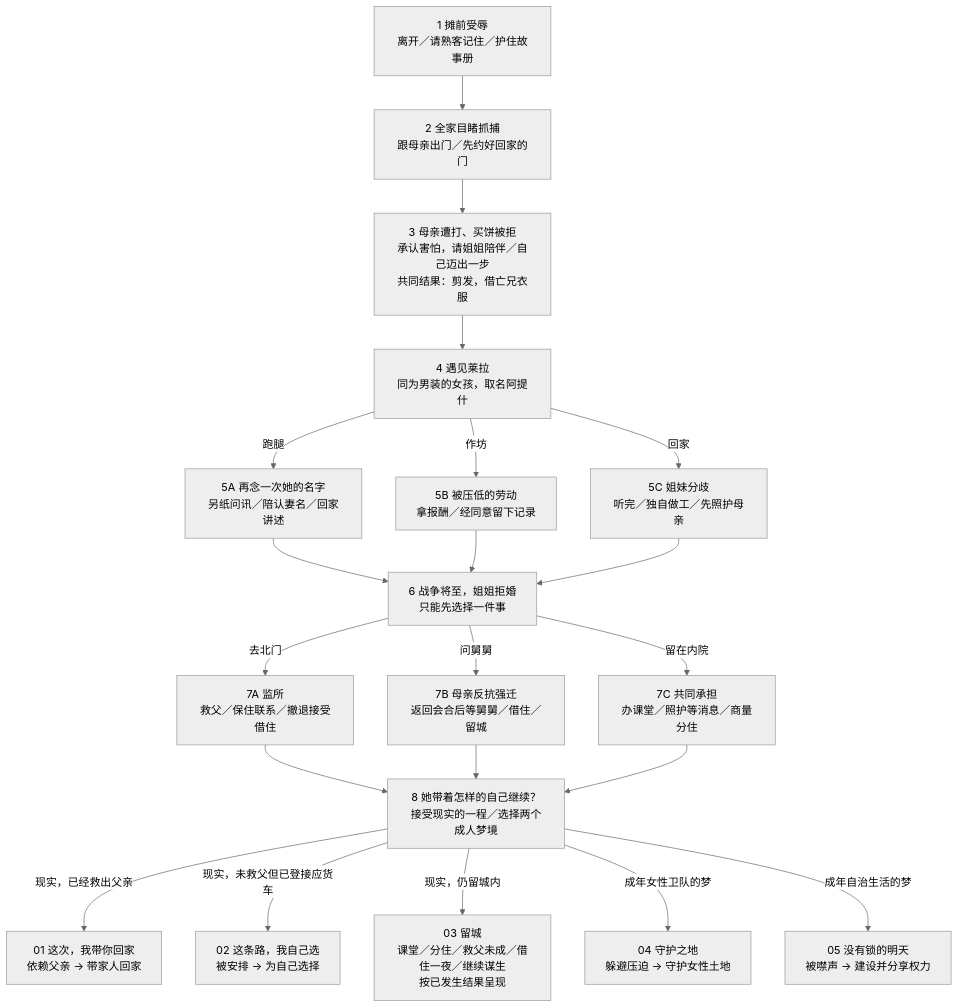
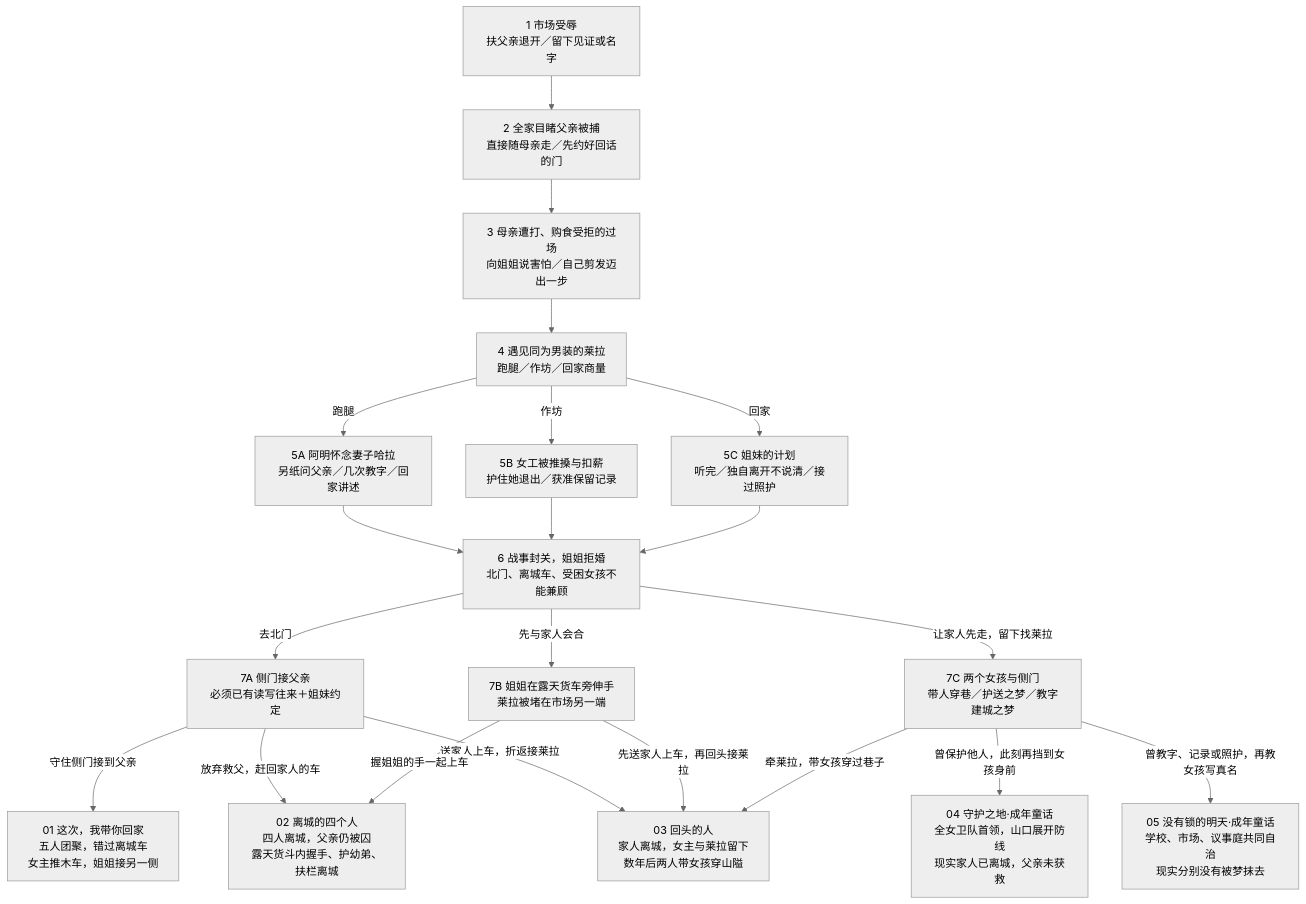
One commit to xypasolini-droid/sister-which-way changed the diagram in docs/design/STORY-FLOW.md. Above: the diagram before and after it, drawn with Mermaid (neutral theme). The commit also changed other lines of this file and 54 other files, not shown here.

````diff
--- a/docs/design/STORY-FLOW.md
+++ b/docs/design/STORY-FLOW.md
@@ -7,23 +9,23 @@
 ```mermaid
 flowchart TD
-  A["1 摊前受辱<br/>离开／请熟客记住／护住故事册"] --> B["2 全家目睹抓捕<br/>跟母亲出门／先约好回家的门"]
-  B --> C["3 母亲遭打、买饼被拒<br/>承认害怕，请姐姐陪伴／自己迈出一步<br/>共同结果：剪发，借亡兄衣服"]
-  C --> D["4 遇见莱拉<br/>同为男装的女孩，取名阿提什"]
-  D -->|跑腿| E["5A 再念一次她的名字<br/>另纸问讯／陪认妻名／回家讲述"]
-  D -->|作坊| F["5B 被压低的劳动<br/>拿报酬／经同意留下记录"]
-  D -->|回家| G["5C 姐妹分歧<br/>听完／独自做工／先照护母亲"]
-  E --> H["6 战争将至，姐姐拒婚<br/>只能先选择一件事"]
-  F --> H
-  G --> H
-  H -->|去北门| I["7A 监所<br/>救父／保住联系／撤退接受借住"]
-  H -->|问舅舅| J["7B 母亲反抗强迁<br/>返回会合后等舅舅／借住／留城"]
-  H -->|留在内院| K["7C 共同承担<br/>办课堂／照护等消息／商量分住"]
-  I --> L["8 她带着怎样的自己继续？<br/>接受现实的一程／选择两个成人梦境"]
-  J --> L
-  K --> L
-  L -->|现实，已经救出父亲| R["01 这次，我带你回家<br/>依赖父亲 → 带家人回家"]
-  L -->|现实，未救父但已登接应货车| T["02 这条路，我自己选<br/>被安排 → 为自己选择"]
-  L -->|现实，仍留城内| S["03 留城<br/>课堂／分住／救父未成／借住一夜／继续谋生<br/>按已发生结果呈现"]
-  L -->|成年女性卫队的梦| M["04 守护之地<br/>躲避压迫 → 守护女性土地"]
-  L -->|成年自治生活的梦| N["05 没有锁的明天<br/>被噤声 → 建设并分享权力"]
+  A["1 市场受辱<br/>扶父亲退开／留下见证或名字"] --> B["2 全家目睹父亲被捕<br/>直接随母亲走／先约好回话的门"]
+  B --> C["3 母亲遭打、购食受拒的过场<br/>向姐姐说害怕／自己剪发迈出一步"]
+  C --> D["4 遇见同为男装的莱拉<br/>跑腿／作坊／回家商量"]
+  D -->|跑腿| E1["5A 阿明怀念妻子哈拉<br/>另纸问父亲／几次教字／回家讲述"]
+  D -->|作坊| E2["5B 女工被推搡与扣薪<br/>护住她退出／获准保留记录"]
+  D -->|回家| E3["5C 姐妹的计划<br/>听完／独自离开不说清／接过照护"]
+  E1 --> F["6 战事封关，姐姐拒婚<br/>北门、离城车、受困女孩不能兼顾"]
+  E2 --> F
+  E3 --> F
+  F -->|去北门| G1["7A 侧门接父亲<br/>必须已有读写往来＋姐妹约定"]
+  F -->|先与家人会合| G2["7B 姐姐在露天货车旁伸手<br/>莱拉被堵在市场另一端"]
+  F -->|让家人先走，留下找莱拉| G3["7C 两个女孩与侧门<br/>带人穿巷／护送之梦／教字建城之梦"]
+  G1 -->|守住侧门接到父亲| R["01 这次，我带你回家<br/>五人团聚，错过离城车<br/>女主推木车，姐姐接另一侧"]
+  G1 -->|放弃救父，赶回家人的车| T["02 离城的四个人<br/>四人离城，父亲仍被囚<br/>露天货斗内握手、护幼弟、扶栏离城"]
+  G1 -->|送家人上车，折返接莱拉| U["03 回头的人<br/>家人离城，女主与莱拉留下<br/>数年后两人带女孩穿山隘"]
+  G2 -->|握姐姐的手一起上车| T
+  G2 -->|先送家人上车，再回头接莱拉| U
+  G3 -->|牵莱拉，带女孩穿过巷子| U
+  G3 -->|曾保护他人，此刻再挡到女孩身前| V["04 守护之地·成年童话<br/>全女卫队首领，山口展开防线<br/>现实家人已离城，父亲未获救"]
+  G3 -->|曾教字、记录或照护，再教女孩写真名| W["05 没有锁的明天·成年童话<br/>学校、市场、议事庭共同自治<br/>现实分别没有被梦抹去"]
 ```
````
